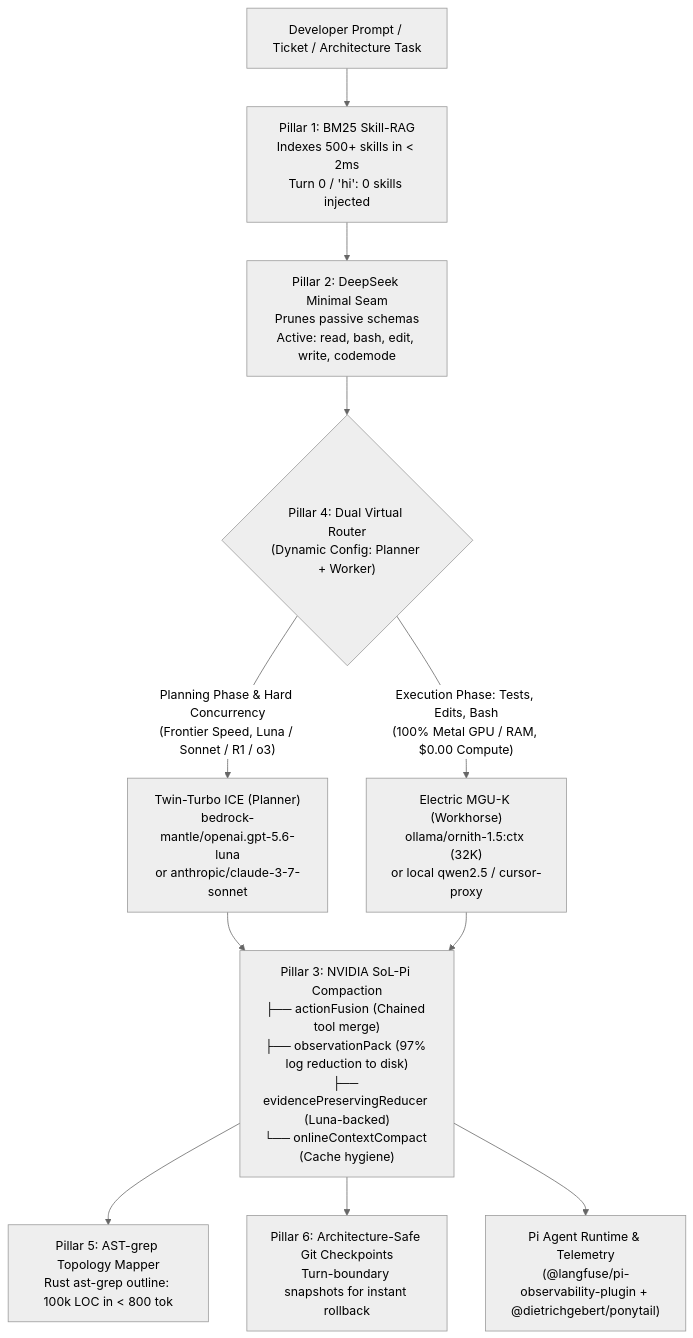
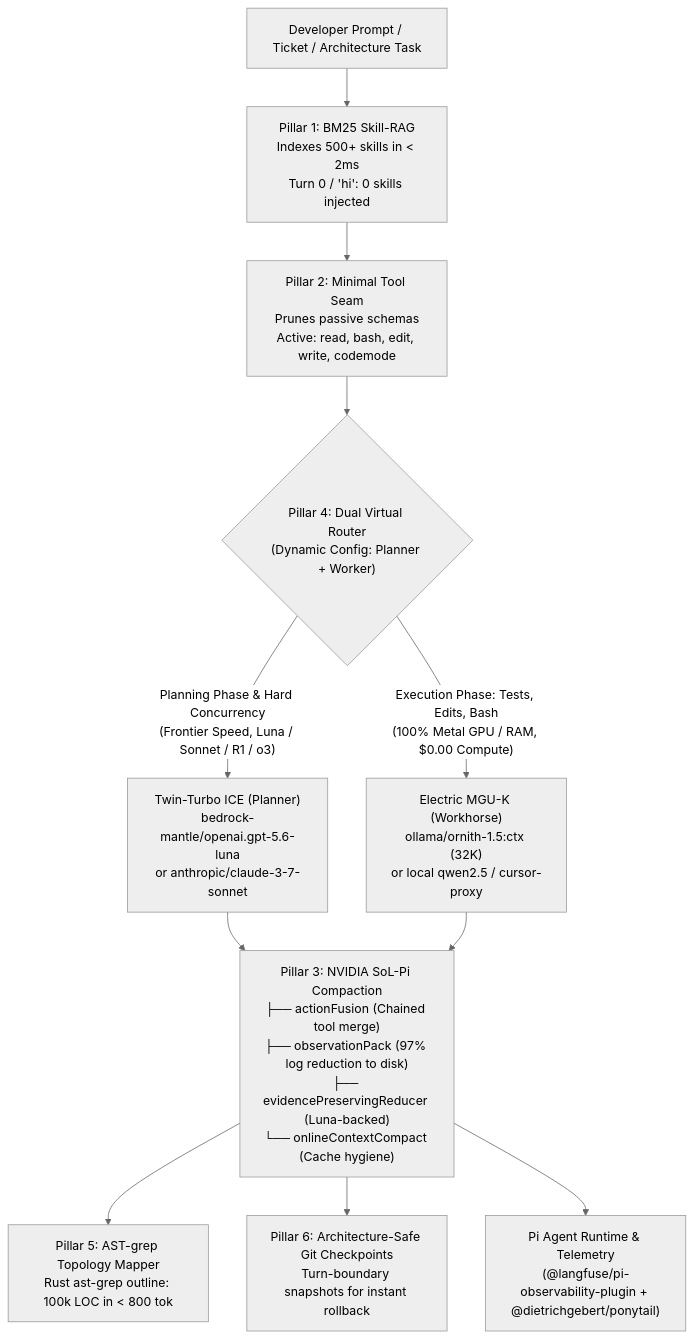
The diagram in docs/ARCHITECTURE.md (devdeepjs/kobayashi-maru), drawn with Mermaid (neutral theme) before and after one commit. The commit also changed other lines of this file and 10 other files, not shown here.

````diff
--- a/docs/ARCHITECTURE.md
+++ b/docs/ARCHITECTURE.md
@@ -7,22 +7,22 @@
 ```mermaid
 flowchart TD
     User["Developer Prompt / Ticket / Architecture Task"] --> SRA["Pillar 1: BM25 Skill-RAG<br/>Indexes 500+ skills in < 2ms<br/>Turn 0 / 'hi': 0 skills injected"]
     
-    SRA --> Seam["Pillar 2: DeepSeek Minimal Seam<br/>Prunes passive schemas<br/>Active: read, bash, edit, write, codemode"]
+    SRA --> Seam["Pillar 2: Minimal Tool Seam<br/>Prunes passive schemas<br/>Active: read, bash, edit, write, codemode"]
 
     Seam --> Router{"Pillar 4: Dual Virtual Router<br/>(Dynamic Config: Planner + Worker)"}
 
     Router -->|"Planning Phase & Hard Concurrency<br/>(Frontier Speed, Luna / Sonnet / R1 / o3)"| Planner["Twin-Turbo ICE (Planner)<br/>bedrock-mantle/openai.gpt-5.6-luna<br/>or anthropic/claude-3-7-sonnet"]
 
     Router -->|"Execution Phase: Tests, Edits, Bash<br/>(100% Metal GPU / RAM, $0.00 Compute)"| Worker["Electric MGU-K (Workhorse)<br/>ollama/ornith-1.5:ctx (32K)<br/>or local qwen2.5 / cursor-proxy"]
 
     Planner --> Compactor["Pillar 3: NVIDIA SoL-Pi Compaction<br/>├── actionFusion (Chained tool merge)<br/>├── observationPack (97% log reduction to disk)<br/>├── evidencePreservingReducer (Luna-backed)<br/>└── onlineContextCompact (Cache hygiene)"]
 
     Worker --> Compactor
 
     Compactor --> Topology["Pillar 5: AST-grep Topology Mapper<br/>Rust ast-grep outline: 100k LOC in < 800 tok"]
 
     Compactor --> Checkpoint["Pillar 6: Architecture-Safe Git Checkpoints<br/>Turn-boundary snapshots for instant rollback"]
 
     Compactor --> Pi["Pi Agent Runtime & Telemetry<br/>(@langfuse/pi-observability-plugin + @dietrichgebert/ponytail)"]
 ```
````
